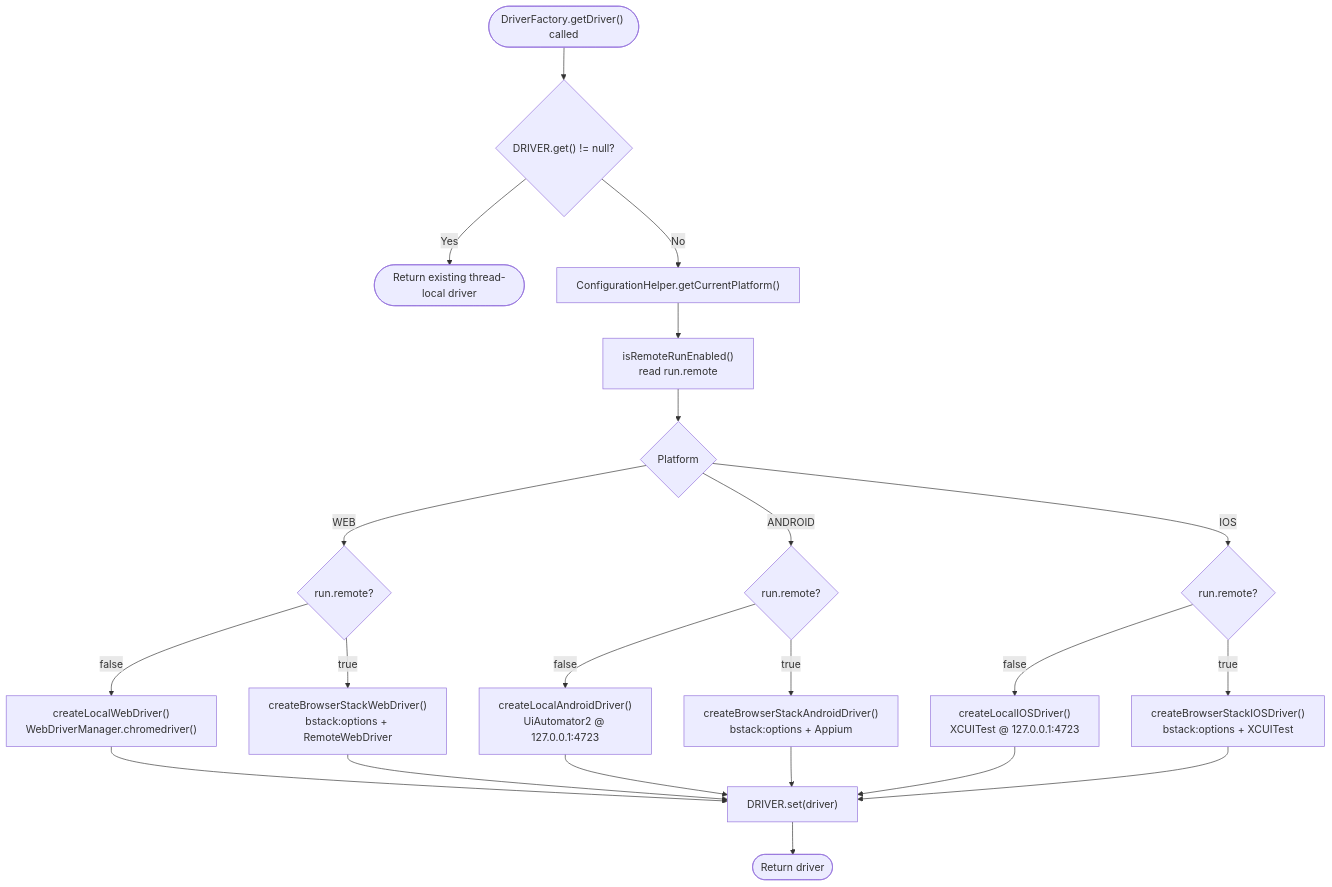
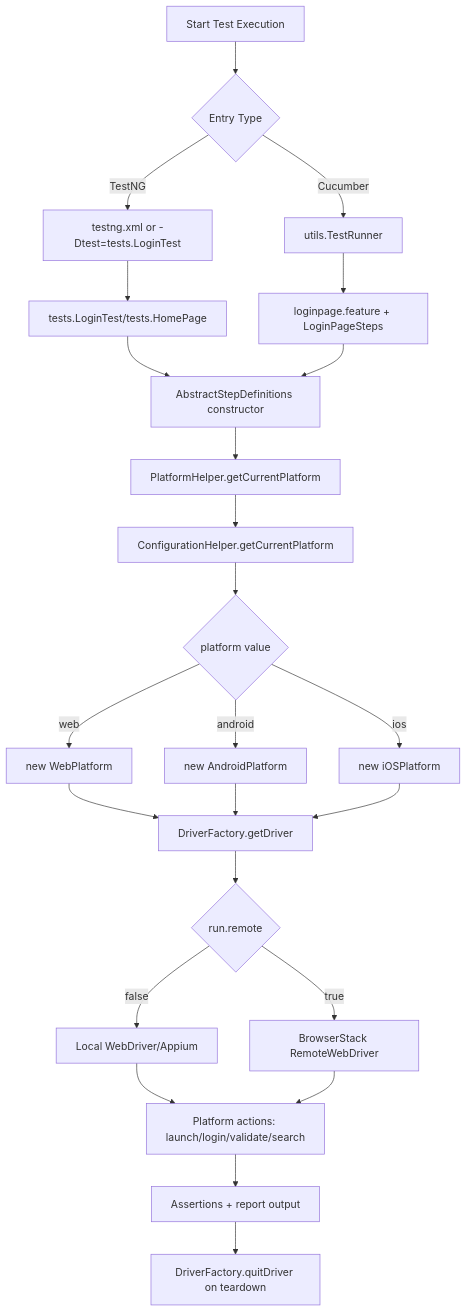
The first of 2 diagrams in README.md (Vijay-Durairaj/SeleniumFramework), drawn with Mermaid before and after one commit. The commit also changed other lines of this file and 35 other files, not shown here.

````diff
--- a/README.md
+++ b/README.md
@@ -429,24 +114,35 @@
 ```mermaid
 flowchart TD
-    A(["DriverFactory.getDriver() called"]) --> B{"DRIVER.get() != null?"}
-    B -->|Yes| C(["Return existing thread-local driver"])
-    B -->|No| D["ConfigurationHelper.getCurrentPlatform()"]
-    D --> E["isRemoteRunEnabled()\nread run.remote"]
-    E --> F{"Platform"}
-    F -->|WEB| G{"run.remote?"}
-    F -->|ANDROID| H{"run.remote?"}
-    F -->|IOS| I{"run.remote?"}
-    G -->|false| G1["createLocalWebDriver()\nWebDriverManager.chromedriver()"]
-    G -->|true| G2["createBrowserStackWebDriver()\nbstack:options + RemoteWebDriver"]
-    H -->|false| H1["createLocalAndroidDriver()\nUiAutomator2 @ 127.0.0.1:4723"]
-    H -->|true| H2["createBrowserStackAndroidDriver()\nbstack:options + Appium"]
-    I -->|false| I1["createLocalIOSDriver()\nXCUITest @ 127.0.0.1:4723"]
-    I -->|true| I2["createBrowserStackIOSDriver()\nbstack:options + XCUITest"]
-    G1 --> Z["DRIVER.set(driver)"]
-    G2 --> Z
-    H1 --> Z
-    H2 --> Z
-    I1 --> Z
-    I2 --> Z
-    Z --> R(["Return driver"])
+    A[Start Test Execution] --> B{Entry Type}
+
+    B -->|TestNG| C[testng.xml or -Dtest=tests.LoginTest]
+    B -->|Cucumber| D[utils.TestRunner]
+
+    C --> E[tests.LoginTest/tests.HomePage]
+    D --> F[loginpage.feature + LoginPageSteps]
+
+    E --> G[AbstractStepDefinitions constructor]
+    F --> G
+
+    G --> H[PlatformHelper.getCurrentPlatform]
+    H --> I[ConfigurationHelper.getCurrentPlatform]
+    I --> J{platform value}
+
+    J -->|web| K[new WebPlatform]
+    J -->|android| L[new AndroidPlatform]
+    J -->|ios| M[new iOSPlatform]
+
+    K --> N[DriverFactory.getDriver]
+    L --> N
+    M --> N
+
+    N --> O{run.remote}
+    O -->|false| P[Local WebDriver/Appium]
+    O -->|true| Q[BrowserStack RemoteWebDriver]
+
+    P --> R[Platform actions: launch/login/validate/search]
+    Q --> R
+
+    R --> S[Assertions + report output]
+    S --> T[DriverFactory.quitDriver on teardown]
 ```
````
